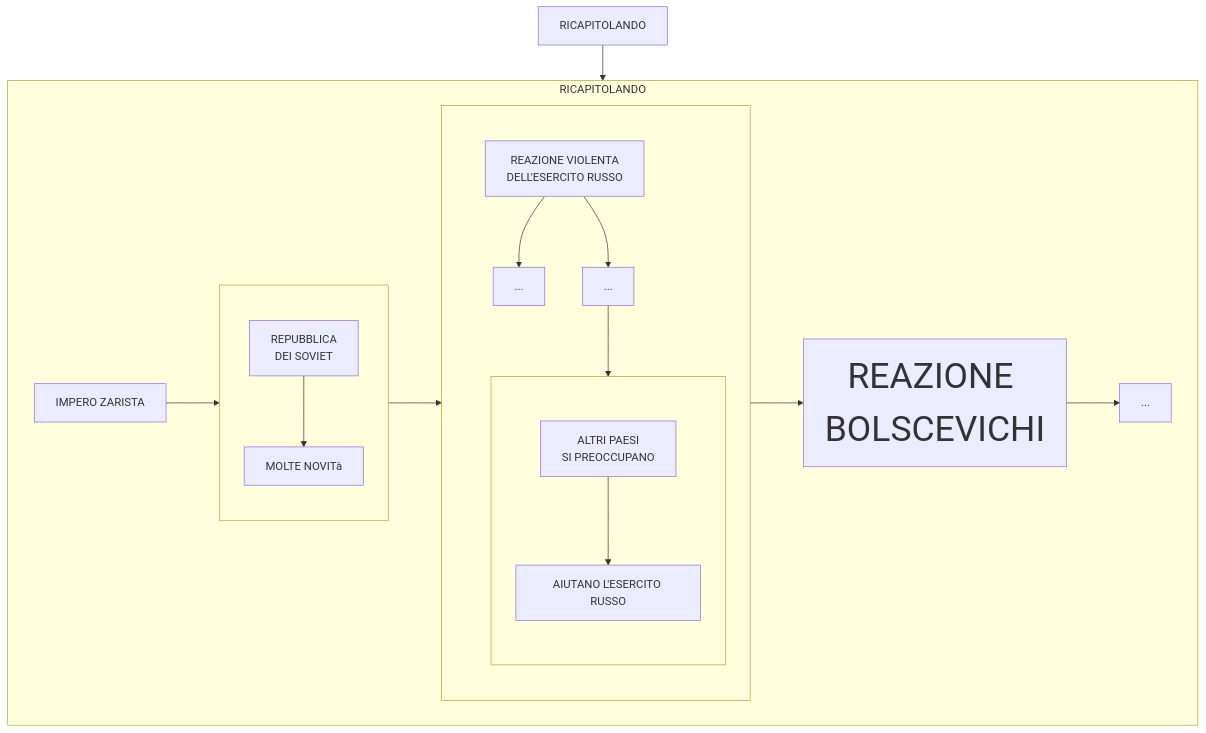
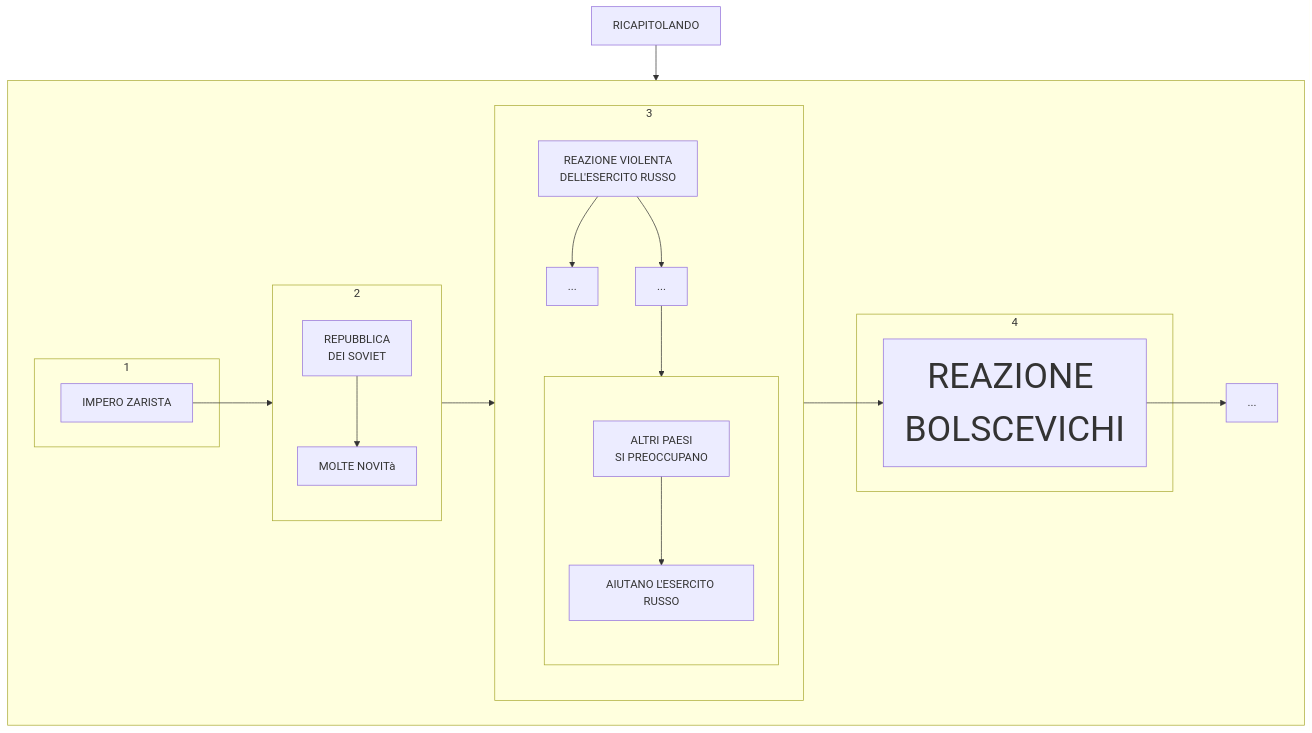
The seventh of 7 diagrams in stalinismo.md (Laaouatni/ricerca-storia-MermaidJS), drawn with Mermaid before and after one commit.

Commit message:
Refactor flowchart structure in stalinismo.md for improved clarity

````diff
--- a/stalinismo.md
+++ b/stalinismo.md
@@ -309,29 +309,33 @@
 ```mermaid
 flowchart TB
     0[RICAPITOLANDO]
-    subgraph 1["RICAPITOLANDO"]
-        01[IMPERO ZARISTA]
-        subgraph 02[" "]
+    subgraph 1[" "]
+        subgraph 2["1"]
+            01[IMPERO ZARISTA]
+        end
+        subgraph 02["2"]
             020[REPUBBLICA <br> DEI SOVIET]
             021[MOLTE NOVITà]
             020 --> 021
         end
-        subgraph 03[" "]
+        subgraph 03["3"]
             030[REAZIONE VIOLENTA <br> DELL'ESERCITO RUSSO]
             031[...]
             032[...]
             subgraph 033[" "]
                 0330[ALTRI PAESI <BR> SI PREOCCUPANO]
                 03300[AIUTANO L'ESERCITO RUSSO]
                 0330 --> 03300
             end
             030 --> 031 & 032
             032 --> 033
         end
-        04[REAZIONE BOLSCEVICHI]
-        style 04 font-size:50px;
+        subgraph 3["4"]
+            04[REAZIONE BOLSCEVICHI]
+            style 04 font-size:50px;
+        end
         05[...]
         01 --> 02 --> 03 --> 04 --> 05
     end
     0 --> 1
 ```
````
